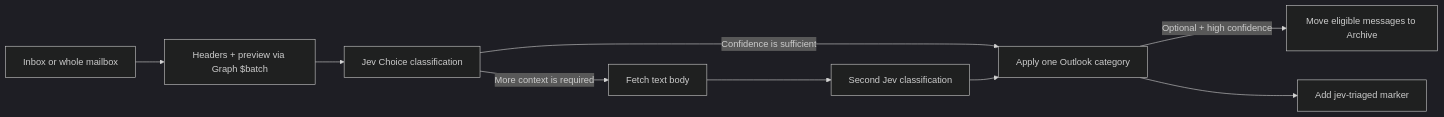
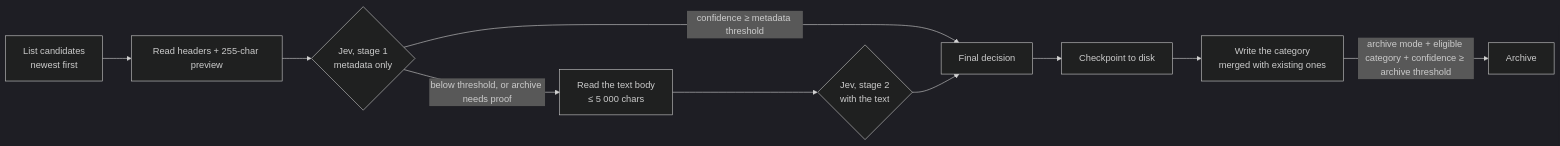
One commit to vincentlauriat/MailClassification.jev changed the diagram in README.md. Above: the diagram before and after it, drawn with Mermaid (dark theme). The commit also changed other lines of this file and 49 other files, not shown here.

Commit message:
feat: multi-mailbox client — IMailbox abstraction, Gmail/IMAP via MailKit, accounts, Keychain, dashboard, docs and landing page

````diff
--- a/README.md
+++ b/README.md
@@ -44,11 +99,12 @@
 ```mermaid
 flowchart LR
-    A[Inbox or whole mailbox] --> B[Headers + preview via Graph $batch]
-    B --> C[Jev Choice classification]
-    C -->|Confidence is sufficient| D[Apply one Outlook category]
-    C -->|More context is required| E[Fetch text body]
-    E --> F[Second Jev classification]
+    A[List candidates<br/>newest first] --> B[Read headers + 255-char preview]
+    B --> C{Jev, stage 1<br/>metadata only}
+    C -->|confidence ≥ metadata threshold| D[Final decision]
+    C -->|below threshold, or archive needs proof| E[Read the text body<br/>≤ 5 000 chars]
+    E --> F{Jev, stage 2<br/>with the text}
     F --> D
-    D -->|Optional + high confidence| G[Move eligible messages to Archive]
-    D --> H[Add jev-triaged marker]
+    D --> G[Checkpoint to disk]
+    G --> H[Write the category<br/>merged with existing ones]
+    H -->|archive mode + eligible category + confidence ≥ archive threshold| I[Archive]
 ```
````
